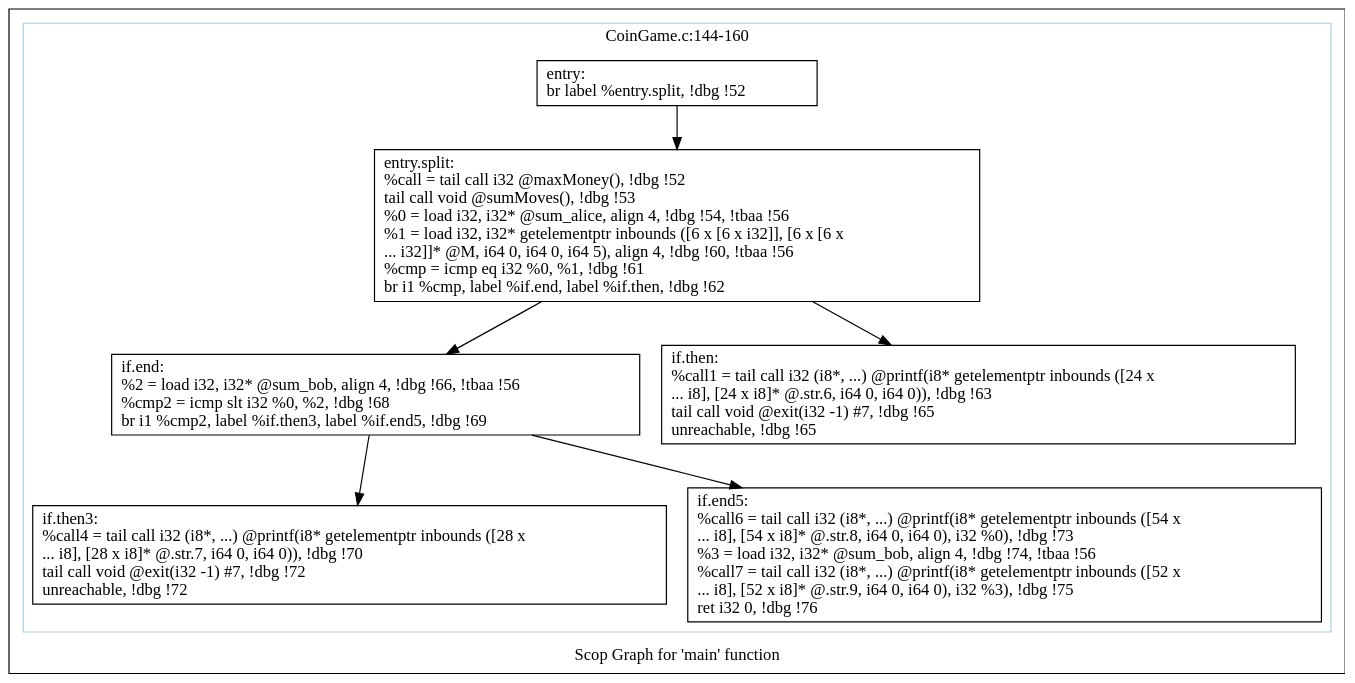
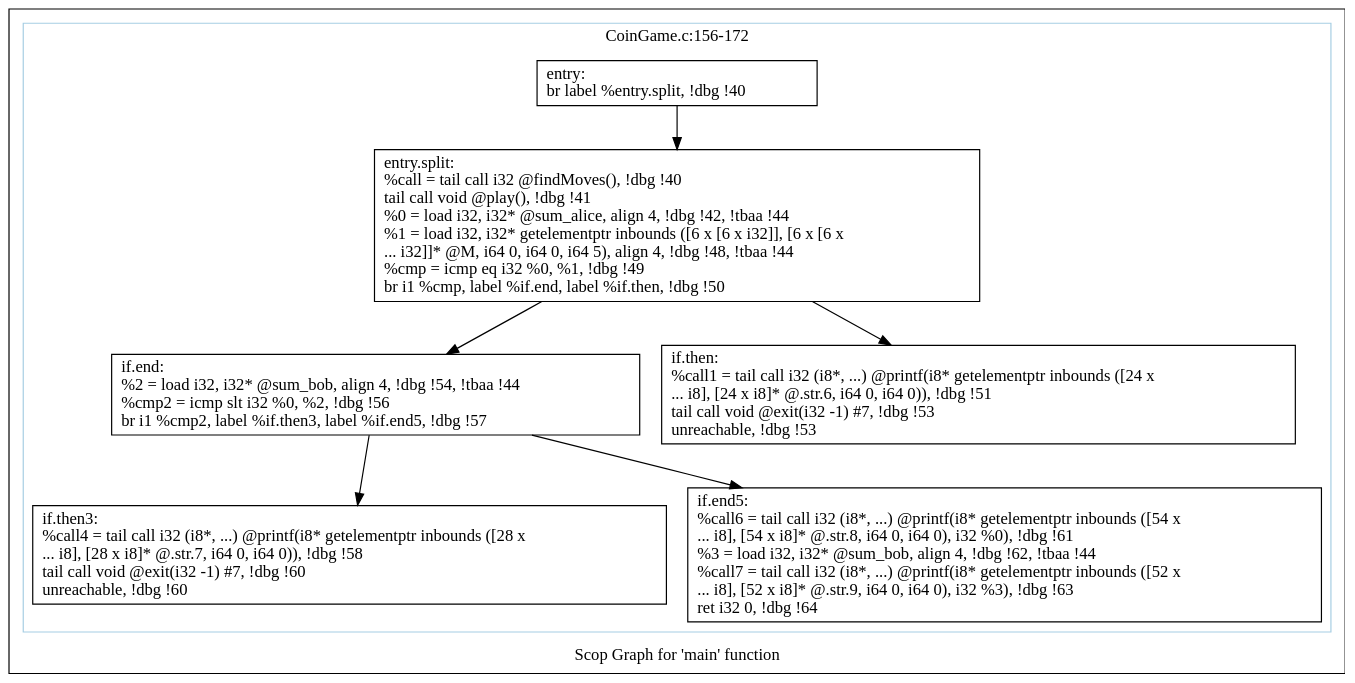
One commit to samminweng/WhileyOpenCL changed the diagram in polly/CoinGame/impl/handwritten/dot/scops.main.dot. Above: the diagram before and after it, drawn with Graphviz. The commit also changed 28 other files, not shown here.

First line of the commit message:
Update 'play' function that Alice and Bob take turns to play the coin game

```diff
--- a/polly/CoinGame/impl/handwritten/dot/scops.main.dot
+++ b/polly/CoinGame/impl/handwritten/dot/scops.main.dot
@@ -1,28 +1,28 @@
 digraph "Scop Graph for 'main' function" {
 	label="Scop Graph for 'main' function";
 
-	Node0x9278c60 [shape=record,label="{entry:\l  br label %entry.split, !dbg !52\l}"];
-	Node0x9278c60 -> Node0x918f7d0;
-	Node0x918f7d0 [shape=record,label="{entry.split:                                      \l  %call = tail call i32 @maxMoney(), !dbg !52\l  tail call void @sumMoves(), !dbg !53\l  %0 = load i32, i32* @sum_alice, align 4, !dbg !54, !tbaa !56\l  %1 = load i32, i32* getelementptr inbounds ([6 x [6 x i32]], [6 x [6 x\l... i32]]* @M, i64 0, i64 0, i64 5), align 4, !dbg !60, !tbaa !56\l  %cmp = icmp eq i32 %0, %1, !dbg !61\l  br i1 %cmp, label %if.end, label %if.then, !dbg !62\l}"];
-	Node0x918f7d0 -> Node0x929ba50;
-	Node0x918f7d0 -> Node0x9192030;
-	Node0x929ba50 [shape=record,label="{if.end:                                           \l  %2 = load i32, i32* @sum_bob, align 4, !dbg !66, !tbaa !56\l  %cmp2 = icmp slt i32 %0, %2, !dbg !68\l  br i1 %cmp2, label %if.then3, label %if.end5, !dbg !69\l}"];
-	Node0x929ba50 -> Node0x9185fc0;
-	Node0x929ba50 -> Node0x9183fe0;
-	Node0x9185fc0 [shape=record,label="{if.then3:                                         \l  %call4 = tail call i32 (i8*, ...) @printf(i8* getelementptr inbounds ([28 x\l... i8], [28 x i8]* @.str.7, i64 0, i64 0)), !dbg !70\l  tail call void @exit(i32 -1) #7, !dbg !72\l  unreachable, !dbg !72\l}"];
-	Node0x9183fe0 [shape=record,label="{if.end5:                                          \l  %call6 = tail call i32 (i8*, ...) @printf(i8* getelementptr inbounds ([54 x\l... i8], [54 x i8]* @.str.8, i64 0, i64 0), i32 %0), !dbg !73\l  %3 = load i32, i32* @sum_bob, align 4, !dbg !74, !tbaa !56\l  %call7 = tail call i32 (i8*, ...) @printf(i8* getelementptr inbounds ([52 x\l... i8], [52 x i8]* @.str.9, i64 0, i64 0), i32 %3), !dbg !75\l  ret i32 0, !dbg !76\l}"];
-	Node0x9192030 [shape=record,label="{if.then:                                          \l  %call1 = tail call i32 (i8*, ...) @printf(i8* getelementptr inbounds ([24 x\l... i8], [24 x i8]* @.str.6, i64 0, i64 0)), !dbg !63\l  tail call void @exit(i32 -1) #7, !dbg !65\l  unreachable, !dbg !65\l}"];
+	Node0xa829b40 [shape=record,label="{entry:\l  br label %entry.split, !dbg !40\l}"];
+	Node0xa829b40 -> Node0xa82c480;
+	Node0xa82c480 [shape=record,label="{entry.split:                                      \l  %call = tail call i32 @findMoves(), !dbg !40\l  tail call void @play(), !dbg !41\l  %0 = load i32, i32* @sum_alice, align 4, !dbg !42, !tbaa !44\l  %1 = load i32, i32* getelementptr inbounds ([6 x [6 x i32]], [6 x [6 x\l... i32]]* @M, i64 0, i64 0, i64 5), align 4, !dbg !48, !tbaa !44\l  %cmp = icmp eq i32 %0, %1, !dbg !49\l  br i1 %cmp, label %if.end, label %if.then, !dbg !50\l}"];
+	Node0xa82c480 -> Node0xa82d270;
+	Node0xa82c480 -> Node0xa81fae0;
+	Node0xa82d270 [shape=record,label="{if.end:                                           \l  %2 = load i32, i32* @sum_bob, align 4, !dbg !54, !tbaa !44\l  %cmp2 = icmp slt i32 %0, %2, !dbg !56\l  br i1 %cmp2, label %if.then3, label %if.end5, !dbg !57\l}"];
+	Node0xa82d270 -> Node0xa826170;
+	Node0xa82d270 -> Node0xa903490;
+	Node0xa826170 [shape=record,label="{if.then3:                                         \l  %call4 = tail call i32 (i8*, ...) @printf(i8* getelementptr inbounds ([28 x\l... i8], [28 x i8]* @.str.7, i64 0, i64 0)), !dbg !58\l  tail call void @exit(i32 -1) #7, !dbg !60\l  unreachable, !dbg !60\l}"];
+	Node0xa903490 [shape=record,label="{if.end5:                                          \l  %call6 = tail call i32 (i8*, ...) @printf(i8* getelementptr inbounds ([54 x\l... i8], [54 x i8]* @.str.8, i64 0, i64 0), i32 %0), !dbg !61\l  %3 = load i32, i32* @sum_bob, align 4, !dbg !62, !tbaa !44\l  %call7 = tail call i32 (i8*, ...) @printf(i8* getelementptr inbounds ([52 x\l... i8], [52 x i8]* @.str.9, i64 0, i64 0), i32 %3), !dbg !63\l  ret i32 0, !dbg !64\l}"];
+	Node0xa81fae0 [shape=record,label="{if.then:                                          \l  %call1 = tail call i32 (i8*, ...) @printf(i8* getelementptr inbounds ([24 x\l... i8], [24 x i8]* @.str.6, i64 0, i64 0)), !dbg !51\l  tail call void @exit(i32 -1) #7, !dbg !53\l  unreachable, !dbg !53\l}"];
 	colorscheme = "paired12"
-        subgraph cluster_0x92aa9e0 {
-          label = "CoinGame.c:144-160
+        subgraph cluster_0xa93f3b0 {
+          label = "CoinGame.c:156-172
 ";
           style = solid;
           color = 1
-          Node0x9278c60;
-          Node0x918f7d0;
-          Node0x929ba50;
-          Node0x9185fc0;
-          Node0x9183fe0;
-          Node0x9192030;
+          Node0xa829b40;
+          Node0xa82c480;
+          Node0xa82d270;
+          Node0xa826170;
+          Node0xa903490;
+          Node0xa81fae0;
         }
 }
```
